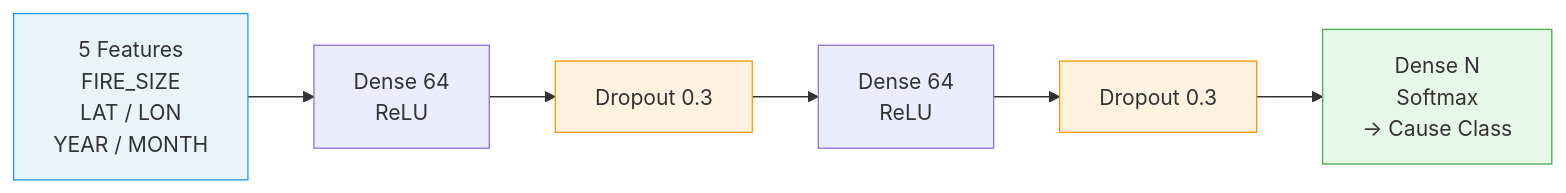
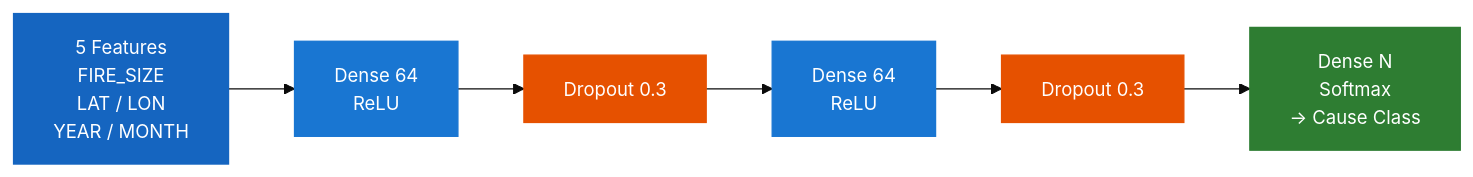
Before and after one commit to buttegggggggg/buttegggggggg.github.io: the fourth of 5 diagrams in ML.qmd, drawn with Mermaid. The commit also changed other lines of this file and 1 other file, not shown here.

First line of the commit message:
Fix Mermaid diagrams: dark fill/white text, <br/> line breaks, width-constrained

````diff
--- a/ML.qmd
+++ b/ML.qmd
@@ -227,13 +265,19 @@
 ```{mermaid}
+%%{init: {"theme": "base", "themeVariables": {"fontSize": "14px"}}}%%
 flowchart LR
-    F["5 Features\nFIRE_SIZE\nLAT / LON\nYEAR / MONTH"] --> D1["Dense 64\nReLU"]
-    D1 --> DR1["Dropout 0.3"]
-    DR1 --> D2["Dense 64\nReLU"]
-    D2 --> DR2["Dropout 0.3"]
-    DR2 --> O["Dense N\nSoftmax\n→ Cause Class"]
+    F["5 Features<br/>FIRE_SIZE<br/>LAT / LON<br/>YEAR / MONTH"]
+    D1["Dense 64<br/>ReLU"]
+    DR1["Dropout 0.3"]
+    D2["Dense 64<br/>ReLU"]
+    DR2["Dropout 0.3"]
+    O["Dense N<br/>Softmax<br/>→ Cause Class"]
 
-    style F fill:#e8f4f8,stroke:#2196F3
-    style O fill:#e8f8e8,stroke:#4CAF50
-    style DR1 fill:#fff3e0,stroke:#FF9800
-    style DR2 fill:#fff3e0,stroke:#FF9800
+    F --> D1 --> DR1 --> D2 --> DR2 --> O
+
+    style F   fill:#1565C0,color:#fff,stroke:#1565C0
+    style D1  fill:#1976D2,color:#fff,stroke:#1976D2
+    style DR1 fill:#E65100,color:#fff,stroke:#E65100
+    style D2  fill:#1976D2,color:#fff,stroke:#1976D2
+    style DR2 fill:#E65100,color:#fff,stroke:#E65100
+    style O   fill:#2E7D32,color:#fff,stroke:#2E7D32
 ```
````
